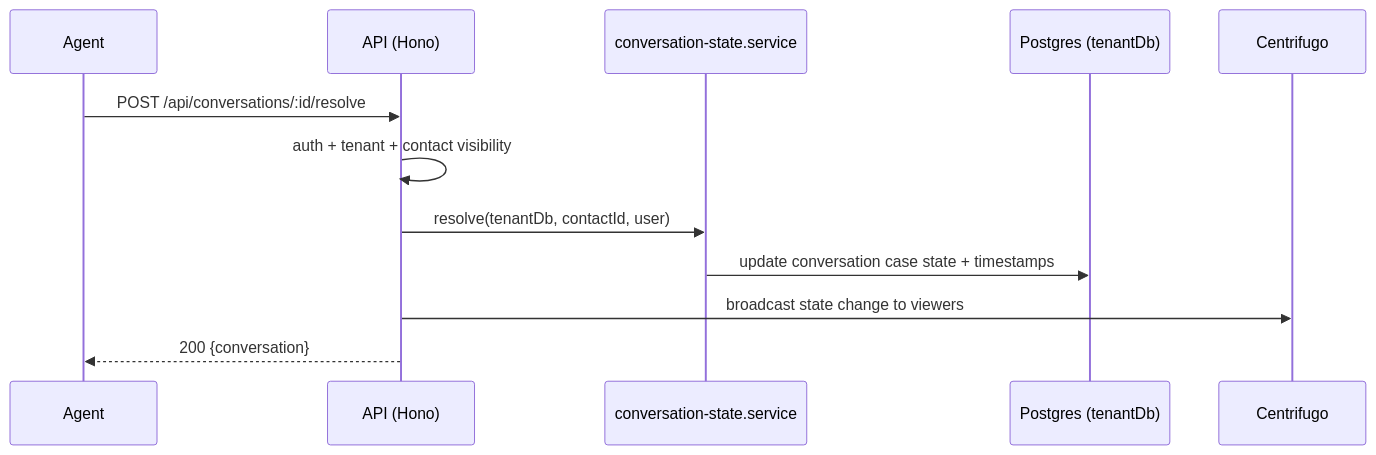
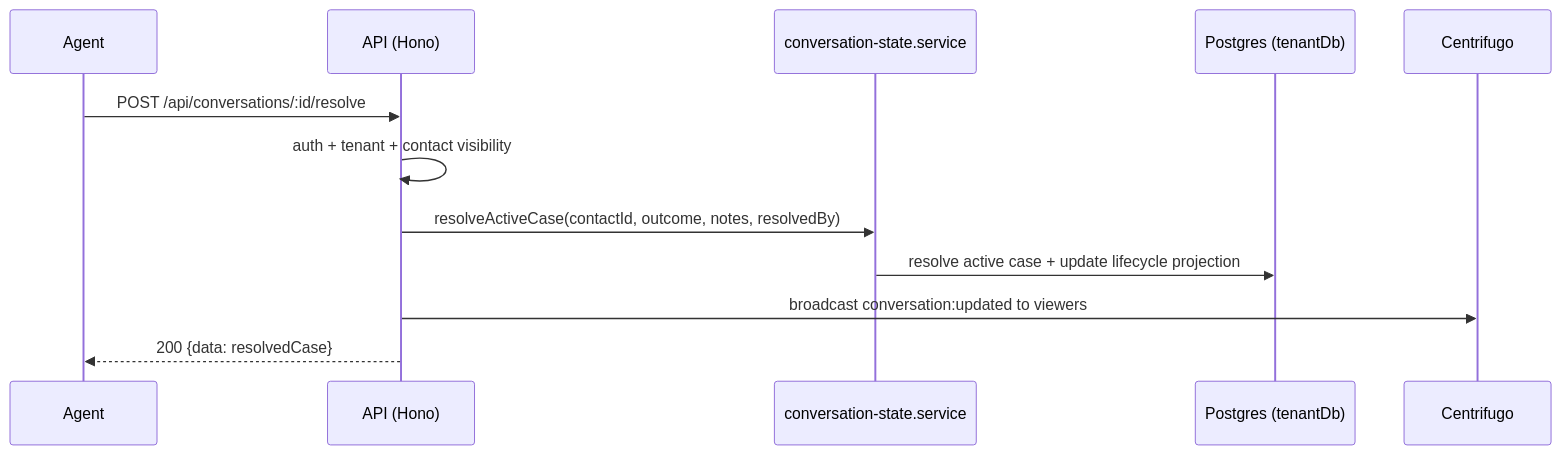
The diagram in docs/apis/conversations.md (ygncode/wateaminbox), drawn with Mermaid before and after one commit. The commit also changed other lines of this file and 27 other files, not shown here.

````diff
--- a/docs/apis/conversations.md
+++ b/docs/apis/conversations.md
@@ -32,14 +32,14 @@
 ```mermaid
 sequenceDiagram
     participant U as Agent
     participant A as API (Hono)
     participant S as conversation-state.service
     participant D as Postgres (tenantDb)
     participant R as Centrifugo
     U->>A: POST /api/conversations/:id/resolve
     A->>A: auth + tenant + contact visibility
-    A->>S: resolve(tenantDb, contactId, user)
-    S->>D: update conversation case state + timestamps
-    A->>R: broadcast state change to viewers
-    A-->>U: 200 {conversation}
+    A->>S: resolveActiveCase(contactId, outcome, notes, resolvedBy)
+    S->>D: resolve active case + update lifecycle projection
+    A->>R: broadcast conversation:updated to viewers
+    A-->>U: 200 {data: resolvedCase}
 ```
````
